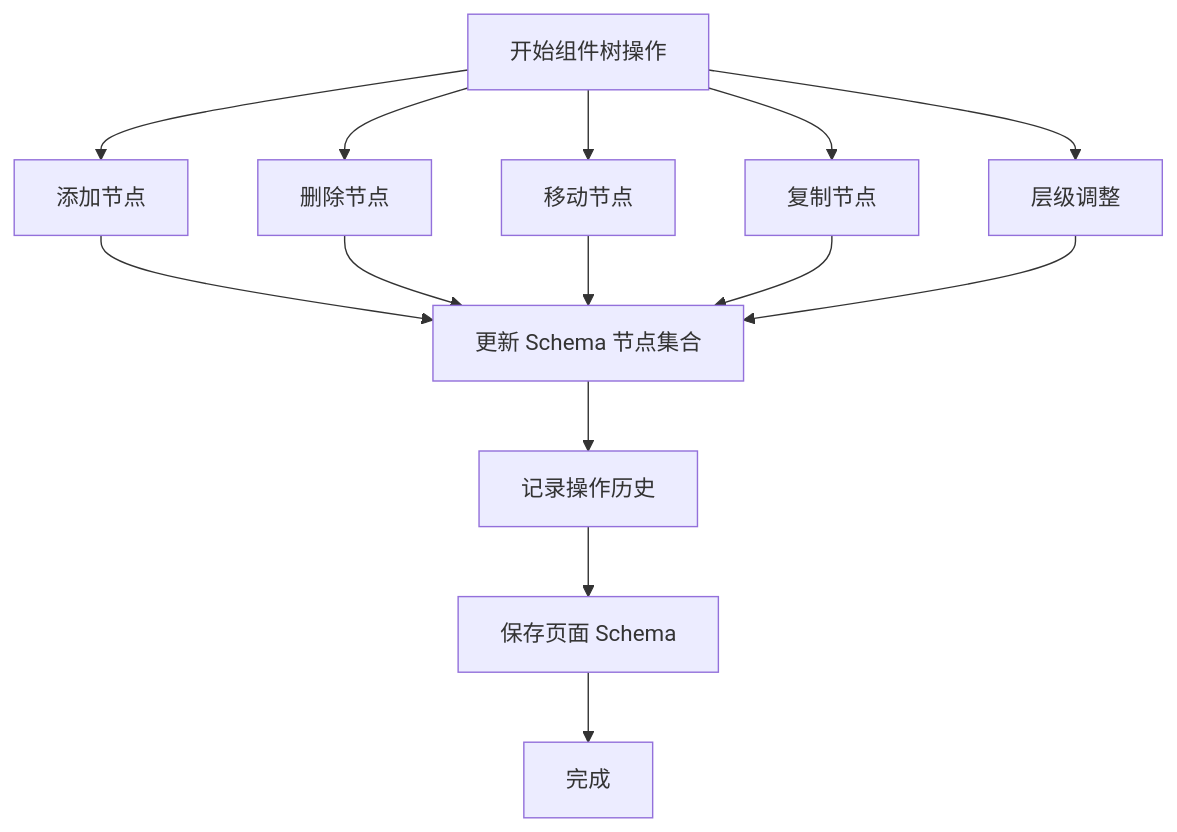
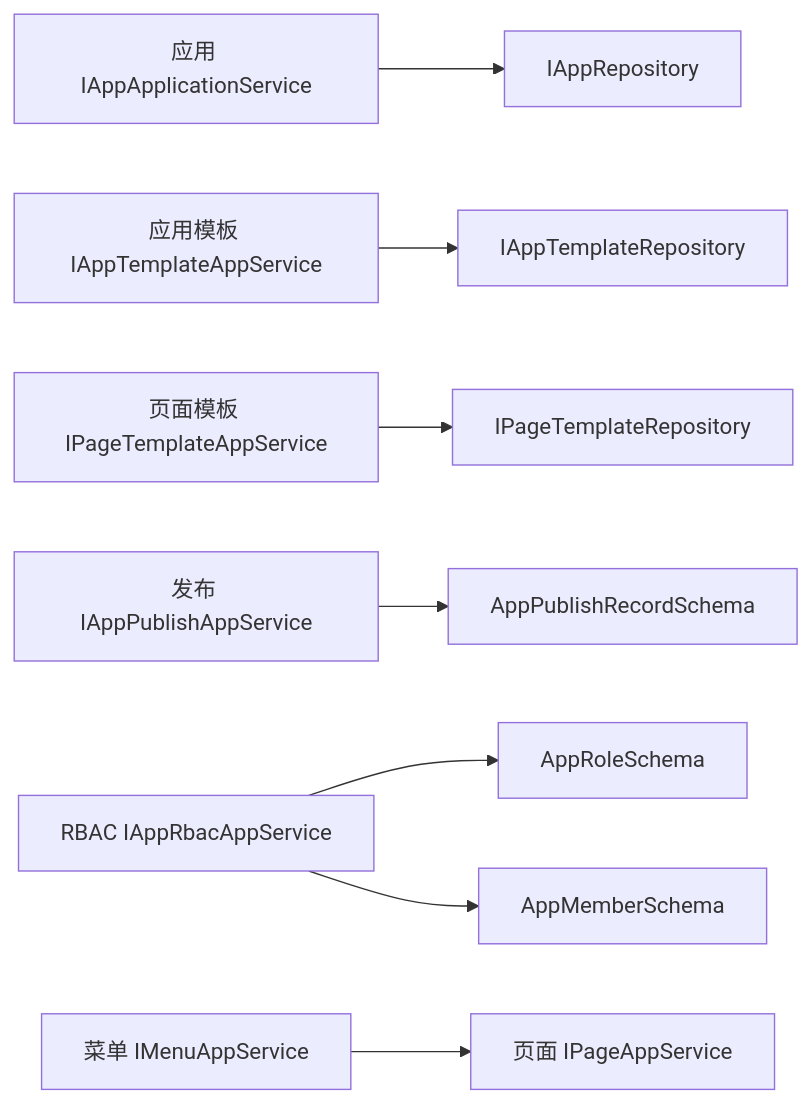
One commit to openlowcodelab/lowcode changed the sixth of 8 diagrams in .qoder/repowiki/zh/content/低代码平台/设计引擎/设计引擎.md. Above: the diagram before and after it, drawn with Mermaid. The commit also changed other lines of this file and 223 other files, not shown here.

````diff
--- a/.qoder/repowiki/zh/content/低代码平台/设计引擎/设计引擎.md
+++ b/.qoder/repowiki/zh/content/低代码平台/设计引擎/设计引擎.md
@@ -481,18 +374,10 @@
 ```mermaid
-flowchart TD
-    OpStart["开始组件树操作"] --> Add["添加节点"]
-    OpStart --> Delete["删除节点"]
-    OpStart --> Move["移动节点"]
-    OpStart --> Copy["复制节点"]
-    OpStart --> Reorder["层级调整"]
-
-    Add --> UpdateSchema["更新 Schema 节点集合"]
-    Delete --> UpdateSchema
-    Move --> UpdateSchema
-    Copy --> UpdateSchema
-    Reorder --> UpdateSchema
-
-    UpdateSchema --> History["记录操作历史"]
-    History --> Save["保存页面 Schema"]
-    Save --> End["完成"]
+graph LR
+    App["应用 IAppApplicationService"] --> RepoApp["IAppRepository"]
+    AppTemplate["应用模板 IAppTemplateAppService"] --> RepoATpl["IAppTemplateRepository"]
+    PageTemplate["页面模板 IPageTemplateAppService"] --> RepoPTpl["IPageTemplateRepository"]
+    Publish["发布 IAppPublishAppService"] --> Record["AppPublishRecordSchema"]
+    RBAC["RBAC IAppRbacAppService"] --> Role["AppRoleSchema"]
+    RBAC --> Member["AppMemberSchema"]
+    Menu["菜单 IMenuAppService"] --> Pages["页面 IPageAppService"]
 ```
````
